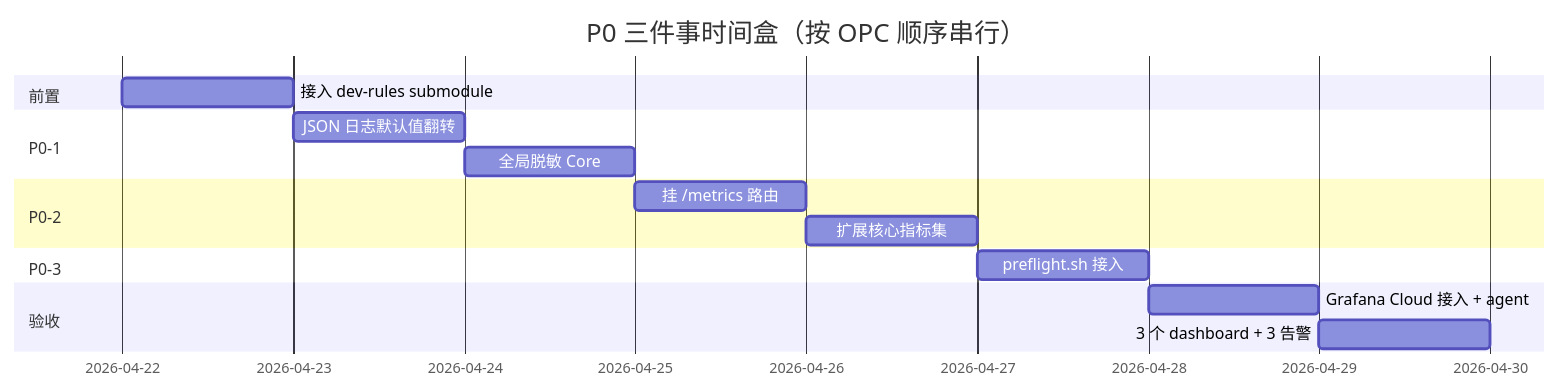
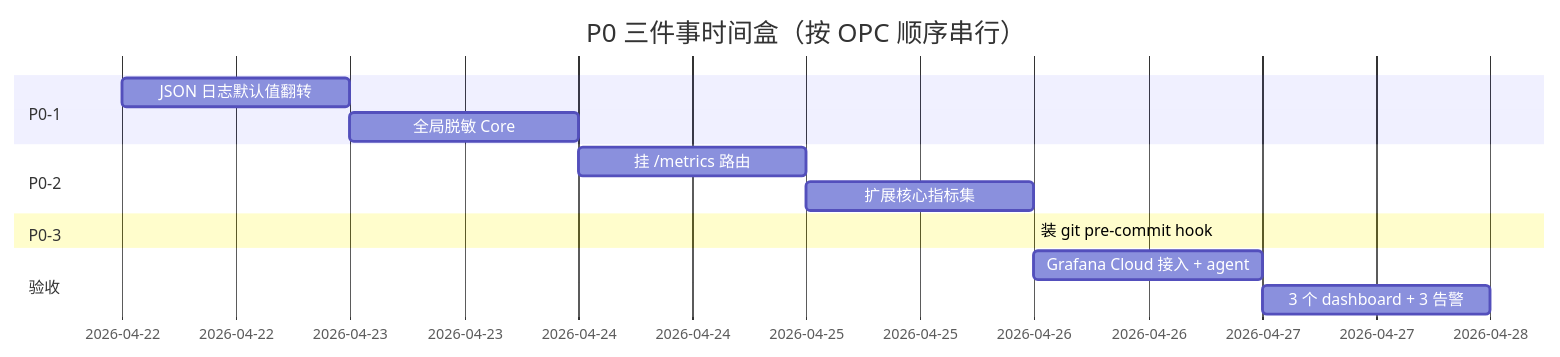
One commit to youxuanxue/sub2api changed the diagram in docs/approved/ops-p0-observability.md. Above: the diagram before and after it, drawn with Mermaid. The commit also changed other lines of this file and 3 other files, not shown here.

````diff
--- a/docs/approved/ops-p0-observability.md
+++ b/docs/approved/ops-p0-observability.md
@@ -394,18 +390,16 @@
 ```mermaid
 gantt
     title P0 三件事时间盒（按 OPC 顺序串行）
     dateFormat YYYY-MM-DD
-    section 前置
-    接入 dev-rules submodule    :p0a, 2026-04-22, 0.5d
     section P0-1
-    JSON 日志默认值翻转       :p1a, after p0a, 0.5d
+    JSON 日志默认值翻转       :p1a, 2026-04-22, 0.5d
     全局脱敏 Core            :p1b, after p1a, 0.5d
     section P0-2
     挂 /metrics 路由         :p2a, after p1b, 0.5d
     扩展核心指标集            :p2b, after p2a, 1d
     section P0-3
-    preflight.sh 接入        :p3a, after p2b, 0.5d
+    装 git pre-commit hook   :p3a, after p2b, 0.1d
     section 验收
     Grafana Cloud 接入 + agent  :v1, after p3a, 1d
     3 个 dashboard + 3 告警   :v2, after v1, 1d
 ```
````
